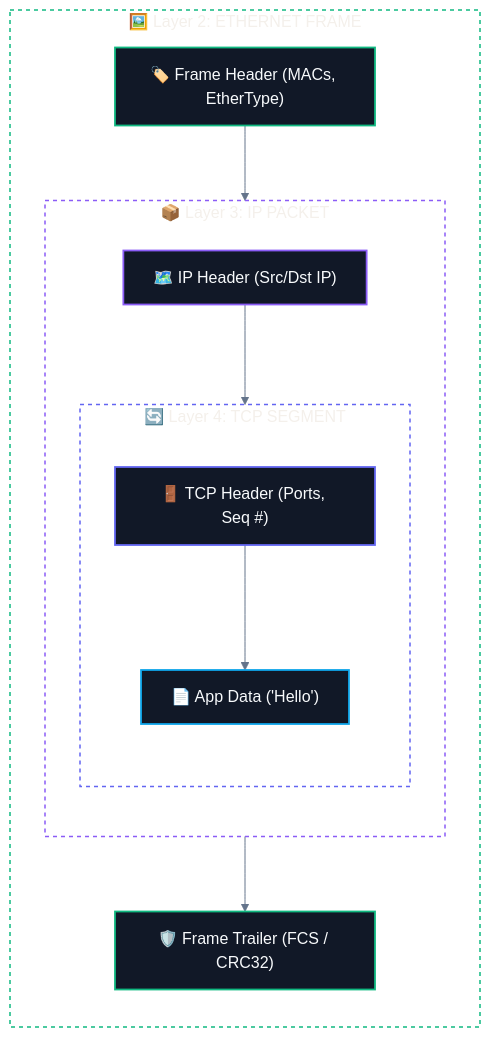
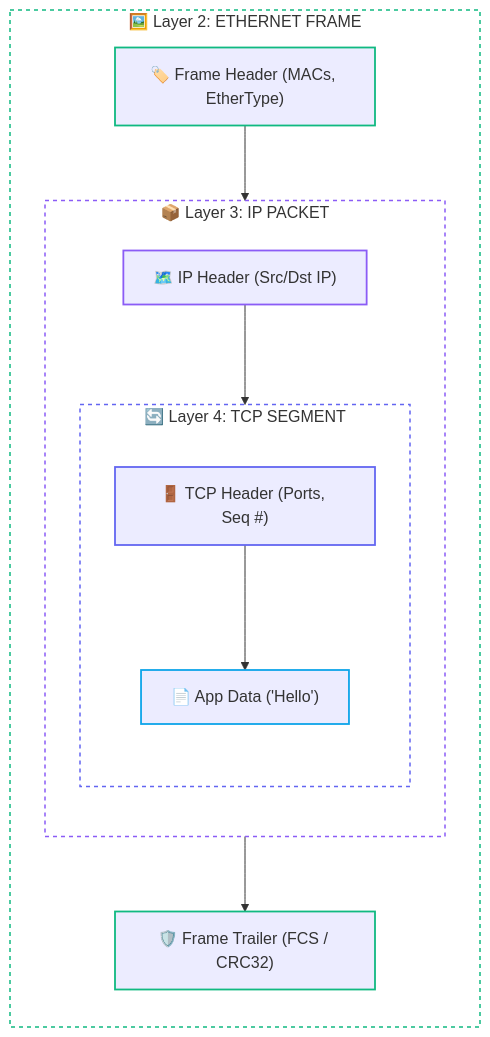
Before and after one commit to abhinavbharti2345/CS_Notes: the second of 4 diagrams in CS/Computer Networking/02. Data Flow & Encapsulation/03. Data Units - Segment, Packet, Frame, Bits.md, drawn with Mermaid. The commit also changed other lines of this file and 91 other files, not shown here.

````diff
--- a/CS/Computer Networking/02. Data Flow & Encapsulation/03. Data Units - Segment, Packet, Frame, Bits.md
+++ b/CS/Computer Networking/02. Data Flow & Encapsulation/03. Data Units - Segment, Packet, Frame, Bits.md
@@ -63,35 +62,34 @@
 ```mermaid
-%%{init: {'theme': 'base', 'themeVariables': { 'darkMode': true, 'background': '#0B0F14', 'mainBkg': '#111827', 'primaryColor': '#111827', 'primaryTextColor': '#F8FAFC', 'primaryBorderColor': '#38BDF8', 'lineColor': '#64748B', 'secondaryColor': '#0B0F14', 'tertiaryColor': '#0B0F14', 'clusterBkg': '#0B0F14', 'clusterBorder': '#38BDF8' }}}%%
 flowchart TD
     subgraph Frame ["🖼️ Layer 2: ETHERNET FRAME"]
         direction TD
         FH["🏷️ Frame Header (MACs, EtherType)"]
         subgraph Packet ["📦 Layer 3: IP PACKET"]
             direction TD
             IH["🗺️ IP Header (Src/Dst IP)"]
             subgraph Segment ["🔄 Layer 4: TCP SEGMENT"]
                 direction TD
                 TH["🚪 TCP Header (Ports, Seq #)"]
                 Data["📄 App Data ('Hello')"]
                 TH --> Data
             end
             IH --> Segment
         end
         FT["🛡️ Frame Trailer (FCS / CRC32)"]
         FH --> Packet --> FT
     end
 
     style Frame fill:none,stroke:#10b981,stroke-width:1.5px,stroke-dasharray:4 4
     style Packet fill:none,stroke:#8b5cf6,stroke-width:1.5px,stroke-dasharray:4 4
     style Segment fill:none,stroke:#6366f1,stroke-width:1.5px,stroke-dasharray:4 4
 
-    classDef f fill:#111827,stroke:#10b981,stroke-width:1.8px,color:#F8FAFC;
-    classDef p fill:#111827,stroke:#8b5cf6,stroke-width:1.8px,color:#F8FAFC;
-    classDef s fill:#111827,stroke:#6366f1,stroke-width:1.8px,color:#F8FAFC;
-    classDef d fill:#111827,stroke:#0ea5e9,stroke-width:1.8px,color:#F8FAFC;
+    classDef f stroke:#10b981,stroke-width:1.8px;
+    classDef p stroke:#8b5cf6,stroke-width:1.8px;
+    classDef s stroke:#6366f1,stroke-width:1.8px;
+    classDef d stroke:#0ea5e9,stroke-width:1.8px;
 
     class FH,FT f;
     class IH p;
     class TH s;
     class Data d;
 ```
````
